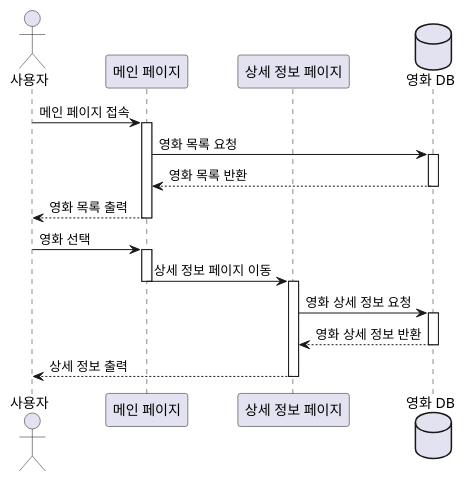
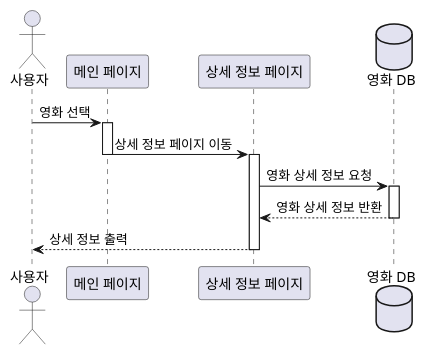
One commit to marmot8080/SWE changed the diagram in src/sequence_detail.puml. Above: the diagram before and after it, drawn with PlantUML. The commit also changed 6 other files, not shown here.

Commit message:
Update sequence diagram

```diff
--- a/src/sequence_detail.puml
+++ b/src/sequence_detail.puml
@@ -1,30 +1,21 @@
 @startuml
 
 actor "사용자" as user
 participant "메인 페이지" as mainPage
 participant "상세 정보 페이지" as detailPage
 database "영화 DB" as db
-
-user -> mainPage : 메인 페이지 접속
-activate mainPage
-mainPage -> db : 영화 목록 요청
-activate db
-db --> mainPage : 영화 목록 반환
-deactivate db
-mainPage --> user : 영화 목록 출력
-deactivate mainPage
 
 user -> mainPage : 영화 선택
 activate mainPage
 mainPage -> detailPage : 상세 정보 페이지 이동
 deactivate mainPage
 activate detailPage
 
 detailPage -> db : 영화 상세 정보 요청
 activate db
 db --> detailPage : 영화 상세 정보 반환
 deactivate db
 detailPage --> user : 상세 정보 출력
 deactivate detailPage
 
 @enduml
```
